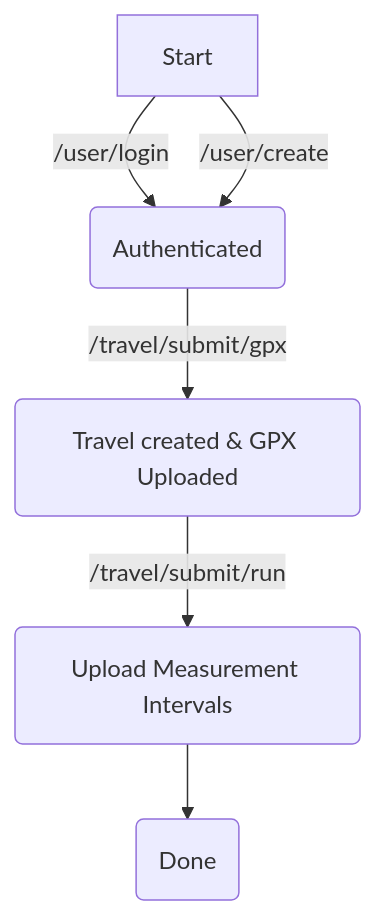
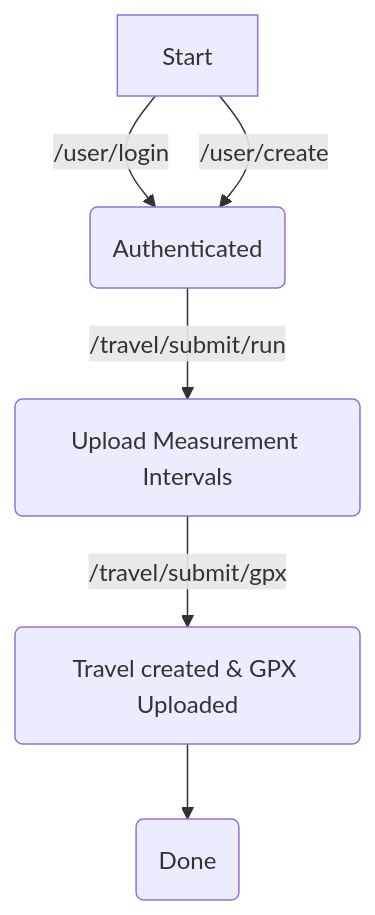
Before and after one commit to tlm-solutions/trekkie: the diagram in README.md, drawn with Mermaid. The commit also changed other lines of this file and 8 other files, not shown here.

````diff
--- a/README.md
+++ b/README.md
@@ -11,8 +11,8 @@
 ```mermaid
 graph TD
     A[Start] -->|/user/login| B(Authenticated)
     A[Start] -->|/user/create| B(Authenticated)
-    B -->|/travel/submit/gpx| C(Travel created & GPX Uploaded)
-    C -->|/travel/submit/run| D(Upload Measurement Intervals)
+    B -->|/travel/submit/run| C(Upload Measurement Intervals)
+    C -->|/travel/submit/gpx| D(Travel created & GPX Uploaded)
     D --> E(Done)
 ```
````
